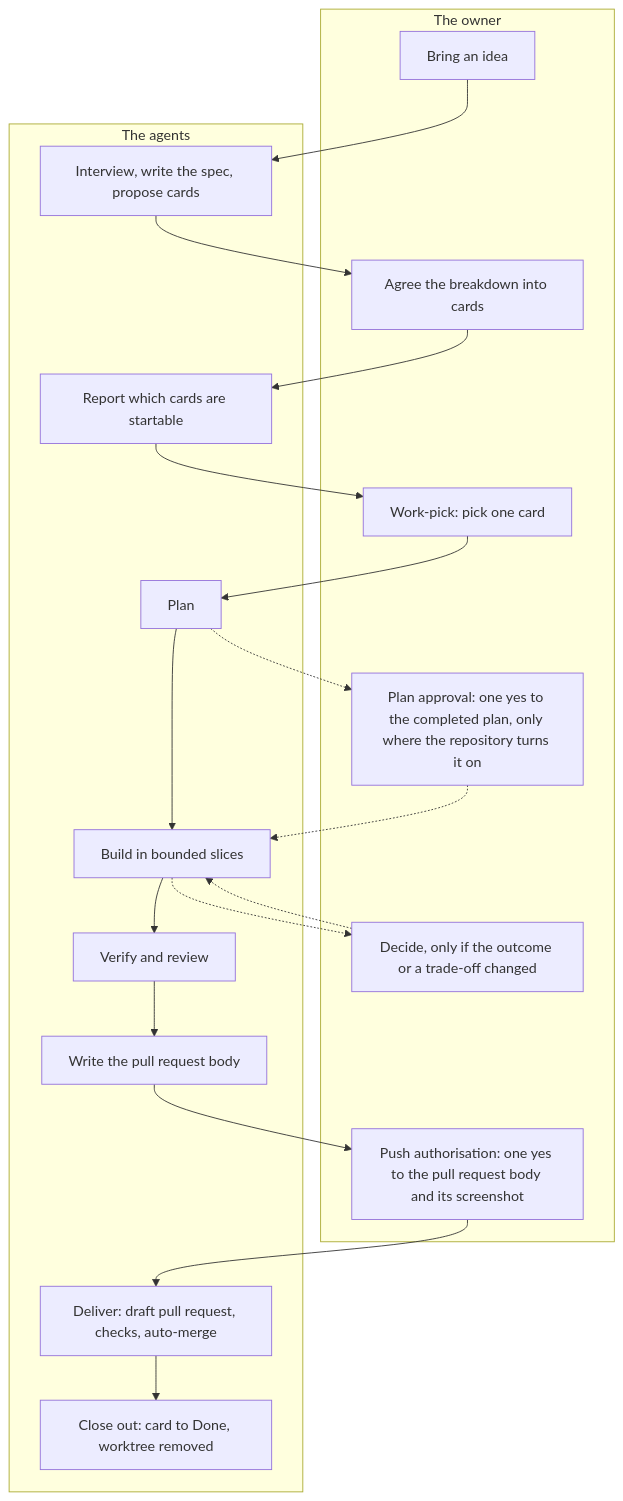
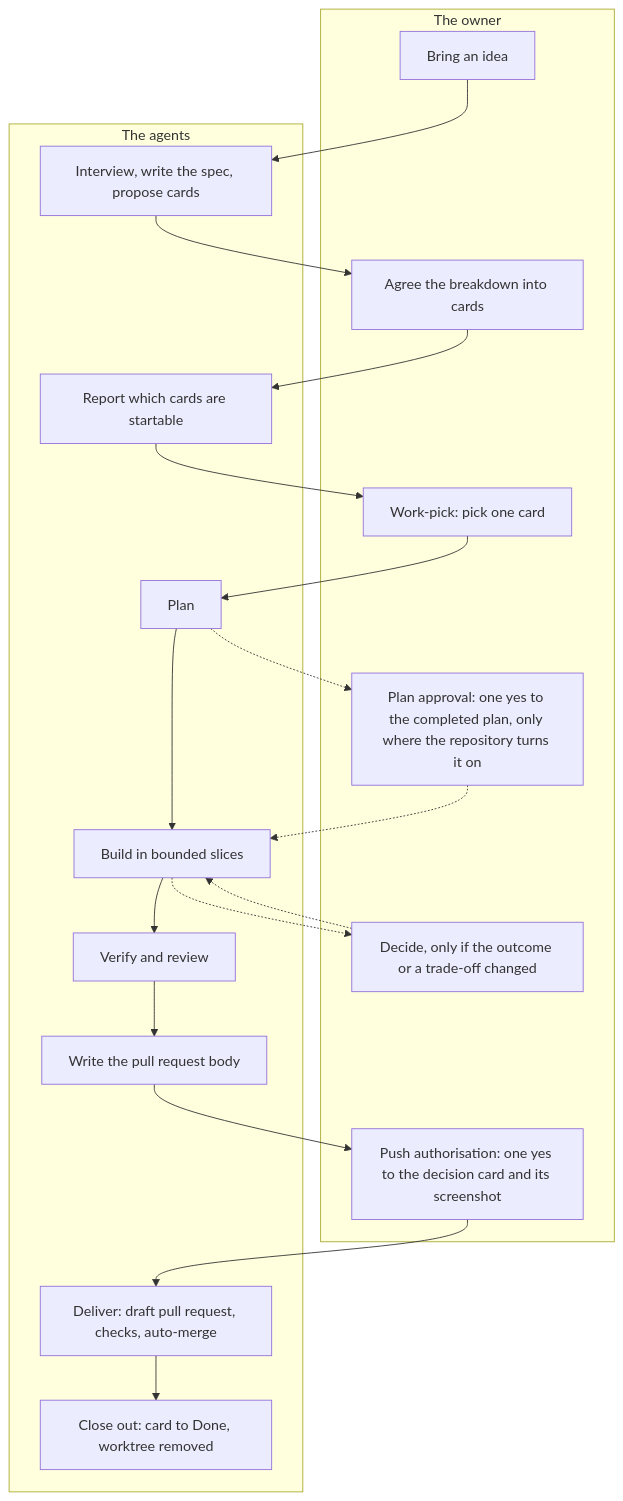
Before and after one commit to zaingulel/kestrel: the diagram in docs/AI-WORKFLOW.md, drawn with Mermaid. The commit also changed other lines of this file and 44 other files, not shown here.

````diff
--- a/docs/AI-WORKFLOW.md
+++ b/docs/AI-WORKFLOW.md
@@ -27,36 +27,36 @@
 ```mermaid
 flowchart TB
     subgraph Owner["The owner"]
         O1["Bring an idea"]
         O2["Agree the breakdown into cards"]
         O3["Work-pick: pick one card"]
         O6["Plan approval: one yes to the completed plan, only where the repository turns it on"]
         O4["Decide, only if the outcome or a trade-off changed"]
-        O5["Push authorisation: one yes to the pull request body and its screenshot"]
+        O5["Push authorisation: one yes to the decision card and its screenshot"]
     end
     subgraph Agents["The agents"]
         A1["Interview, write the spec, propose cards"]
         A2["Report which cards are startable"]
         A3["Plan"]
         A4["Build in bounded slices"]
         A5["Verify and review"]
         A6["Write the pull request body"]
         A7["Deliver: draft pull request, checks, auto-merge"]
         A8["Close out: card to Done, worktree removed"]
     end
     O1 --> A1
     A1 --> O2
     O2 --> A2
     A2 --> O3
     O3 --> A3
     A3 --> A4
     A4 --> A5
     A5 --> A6
     A6 --> O5
     O5 --> A7
     A7 --> A8
     A4 -.-> O4
     O4 -.-> A4
     A3 -.-> O6
     O6 -.-> A4
 ```
````
